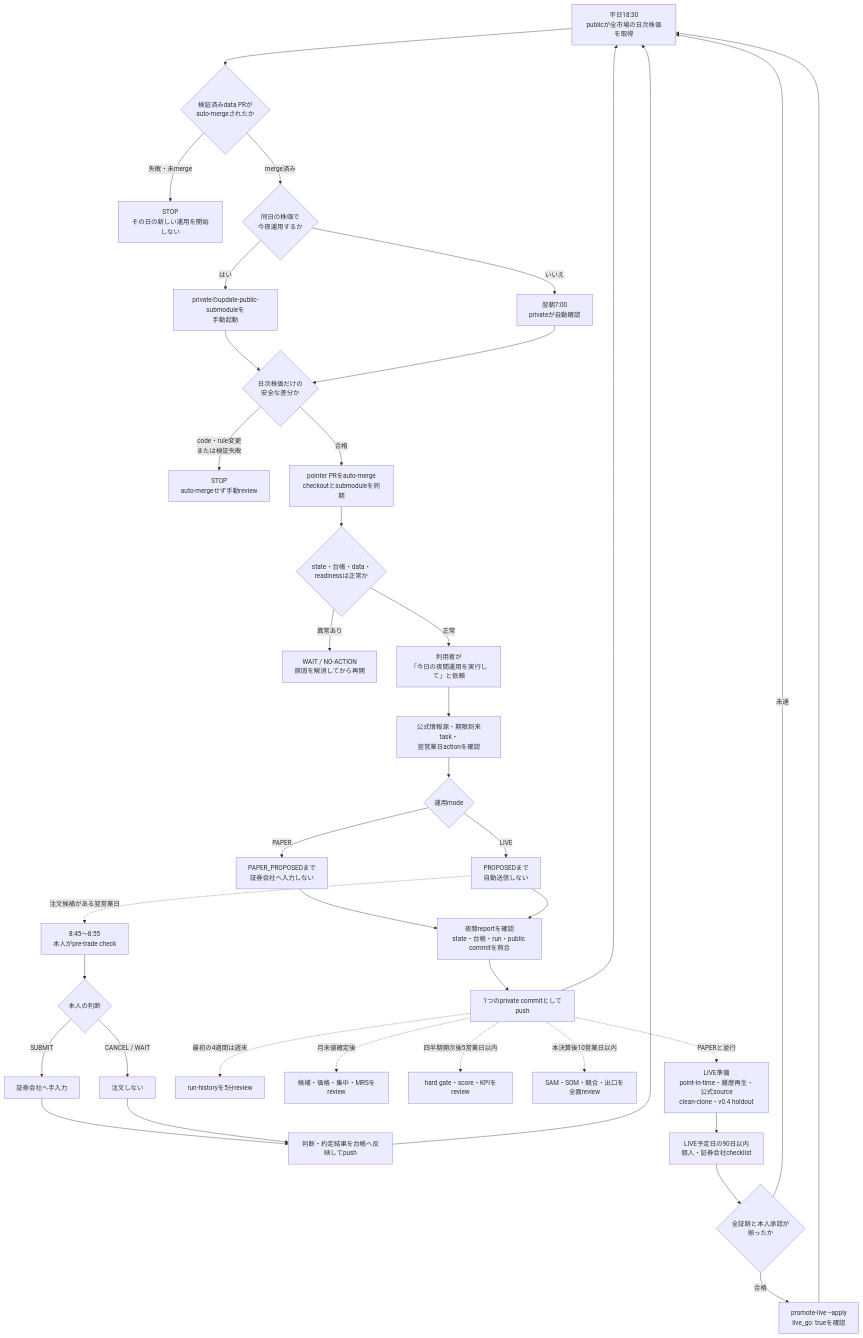
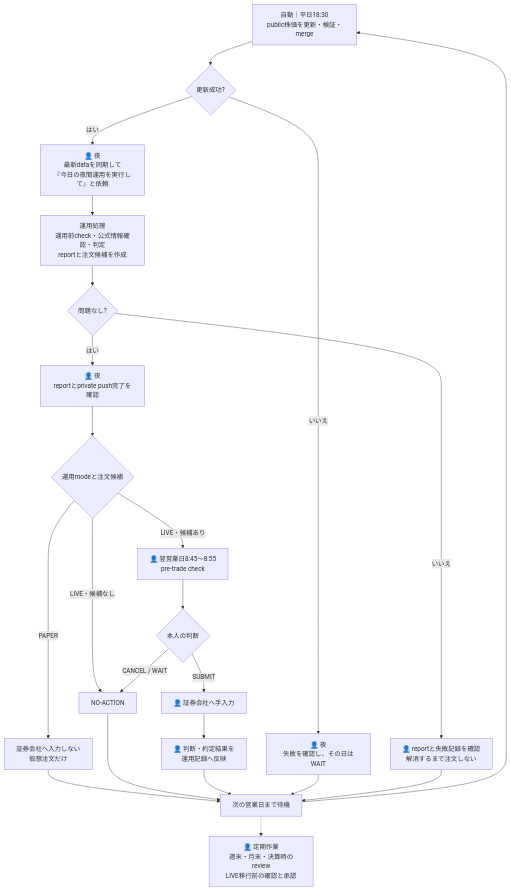
Before and after one commit to kkyosuke/stock.jp.private: the diagram in README.md, drawn with Mermaid. The commit also changed other lines of this file, not shown here.

Commit message:
docs: simplify README operation flow

```diff
--- a/README.md
+++ b/README.md
@@ -53,40 +53,25 @@
 ~~~mermaid
 flowchart TD
-    A["平日18:30<br/>publicが全市場の日次株価を取得"] --> B{"検証済みdata PRが<br/>auto-mergeされたか"}
-    B -->|"失敗・未merge"| STOP["STOP<br/>その日の新しい運用を開始しない"]
-    B -->|"merge済み"| C{"同日の株価で<br/>今夜運用するか"}
-    C -->|"はい"| D["privateのupdate-public-submoduleを<br/>手動起動"]
-    C -->|"いいえ"| E["翌朝7:00<br/>privateが自動確認"]
-    D --> F{"日次株価だけの<br/>安全な差分か"}
-    E --> F
-    F -->|"code・rule変更<br/>または検証失敗"| REVIEW["STOP<br/>auto-mergeせず手動review"]
-    F -->|"合格"| G["pointer PRをauto-merge<br/>checkoutとsubmoduleを同期"]
-    G --> H{"state・台帳・data・<br/>readinessは正常か"}
-    H -->|"異常あり"| WAIT["WAIT / NO-ACTION<br/>原因を解消してから再開"]
-    H -->|"正常"| I["利用者が<br/>「今日の夜間運用を実行して」と依頼"]
-    I --> J["公式情報源・期限到来task・<br/>翌営業日actionを確認"]
-    J --> K{"運用mode"}
-    K -->|"PAPER"| P["PAPER_PROPOSEDまで<br/>証券会社へ入力しない"]
-    K -->|"LIVE"| L["PROPOSEDまで<br/>自動送信しない"]
-    P --> R["夜間reportを確認<br/>state・台帳・run・public commitを照合"]
-    L --> R
-    R --> S["1つのprivate commitとしてpush"]
-    L -.->|"注文候補がある翌営業日"| M["8:45〜8:55<br/>本人がpre-trade check"]
-    M --> N{"本人の判断"}
-    N -->|"SUBMIT"| O["証券会社へ手入力"]
-    N -->|"CANCEL / WAIT"| Q["注文しない"]
-    O --> T["判断・約定結果を台帳へ反映してpush"]
-    Q --> T
-    S -.->|"最初の4週間は週末"| W["run-historyを5分review"]
-    S -.->|"月末値確定後"| X["候補・価格・集中・MRSをreview"]
-    S -.->|"四半期開示後5営業日以内"| Y["hard gate・score・KPIをreview"]
-    S -.->|"本決算後10営業日以内"| Z["SAM・SOM・競合・出口を全面review"]
-    S -.->|"PAPERと並行"| V1["LIVE準備<br/>point-in-time・履歴再生・公式source<br/>clean-clone・v0.4 holdout"]
-    V1 --> V2["LIVE予定日の90日以内<br/>個人・証券会社checklist"]
-    V2 --> V3{"全証跡と本人承認が<br/>揃ったか"}
-    V3 -->|"未達"| A
-    V3 -->|"合格"| V4["promote-live --apply<br/>live_go: trueを確認"]
-    V4 --> A
-    T --> A
-    S --> A
+    A["自動｜平日18:30<br/>public株価を更新・検証・merge"] --> B{"更新成功?"}
+    B -->|"いいえ"| STOP["👤 夜<br/>失敗を確認し、その日はWAIT"]
+    B -->|"はい"| C["👤 夜<br/>最新dataを同期して<br/>『今日の夜間運用を実行して』と依頼"]
+    C --> D["運用処理<br/>運用前check・公式情報確認・判定<br/>reportと注文候補を作成"]
+    D --> E{"問題なし?"}
+    E -->|"いいえ"| WAIT["👤 reportと失敗記録を確認<br/>解消するまで注文しない"]
+    E -->|"はい"| F["👤 夜<br/>reportとprivate push完了を確認"]
+    F --> G{"運用modeと注文候補"}
+    G -->|"PAPER"| P["証券会社へ入力しない<br/>仮想注文だけ"]
+    G -->|"LIVE・候補なし"| Q["NO-ACTION"]
+    G -->|"LIVE・候補あり"| H["👤 翌営業日8:45〜8:55<br/>pre-trade check"]
+    H --> I{"本人の判断"}
+    I -->|"SUBMIT"| J["👤 証券会社へ手入力"]
+    I -->|"CANCEL / WAIT"| Q
+    J --> K["👤 判断・約定結果を<br/>運用記録へ反映"]
+    P --> L["次の営業日まで待機"]
+    Q --> L
+    K --> L
+    STOP --> L
+    WAIT --> L
+    L --> A
+    L -.-> M["👤 定期作業<br/>週末・月末・決算時のreview<br/>LIVE移行前の確認と承認"]
 ~~~
```
